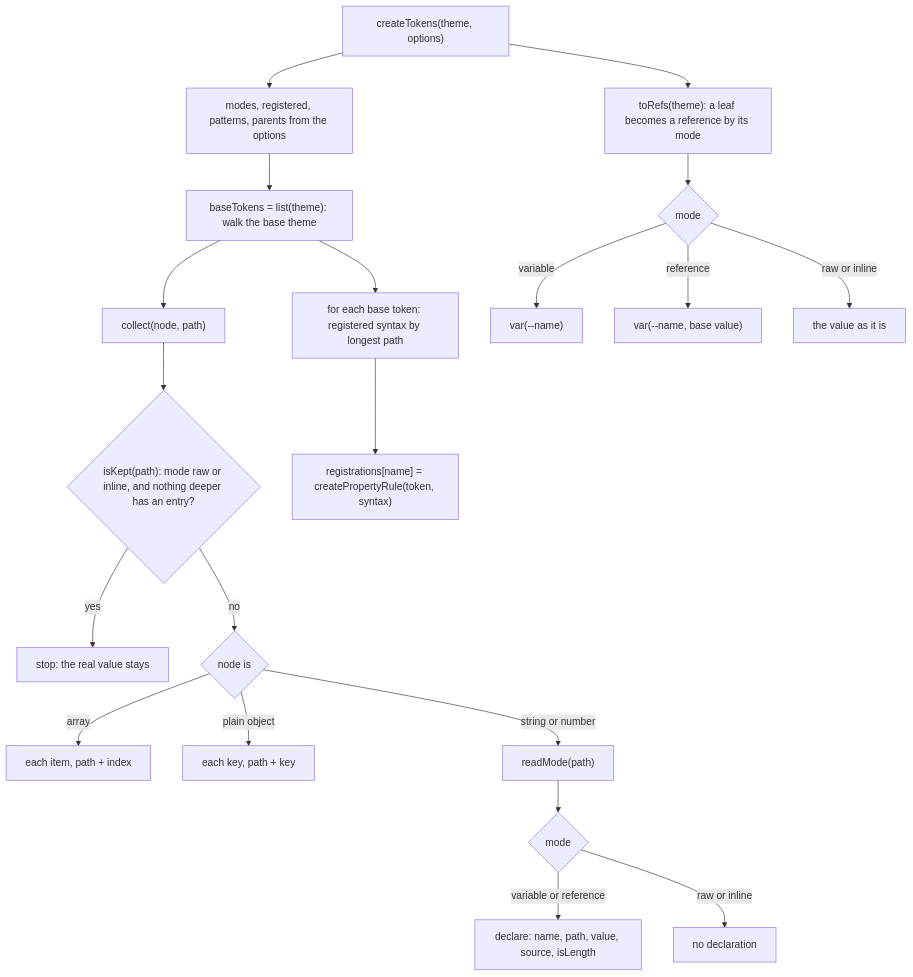
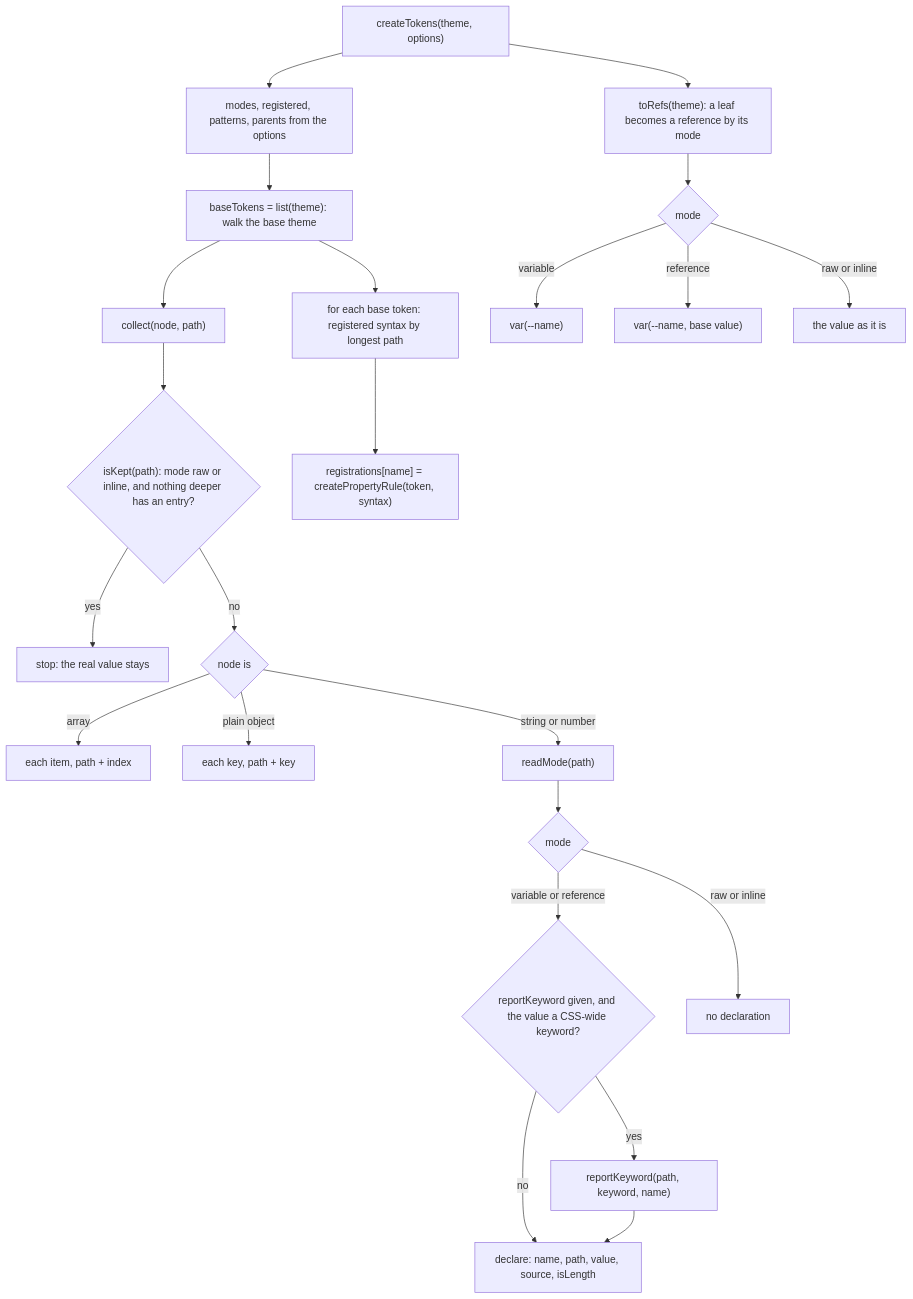
One commit to soroush-tech/umber-style changed the diagram in packages/core/src/tokens.md. Above: the diagram before and after it, drawn with Mermaid. The commit also changed other lines of this file and 124 other files, not shown here.

````diff
--- a/packages/core/src/tokens.md
+++ b/packages/core/src/tokens.md
@@ -22,22 +23,25 @@
 ```mermaid
 flowchart TD
   start["createTokens(theme, options)"] --> prep["modes, registered, patterns, parents from the options"]
   prep --> base["baseTokens = list(theme): walk the base theme"]
   base --> walk["collect(node, path)"]
   walk --> kept{"isKept(path): mode raw or inline, and nothing deeper has an entry?"}
   kept -->|yes| stop["stop: the real value stays"]
   kept -->|no| shape{"node is"}
   shape -->|array| arr["each item, path + index"]
   shape -->|"plain object"| objn["each key, path + key"]
   shape -->|"string or number"| leaf["readMode(path)"]
   leaf --> md{"mode"}
-  md -->|"variable or reference"| decl["declare: name, path, value, source, isLength"]
+  md -->|"variable or reference"| kw{"reportKeyword given, and the value a CSS-wide keyword?"}
+  kw -->|yes| told["reportKeyword(path, keyword, name)"]
+  kw -->|no| decl["declare: name, path, value, source, isLength"]
+  told --> decl
   md -->|"raw or inline"| none["no declaration"]
   base --> reg["for each base token: registered syntax by longest path"]
   reg --> prule["registrations[name] = createPropertyRule(token, syntax)"]
   start --> refs["toRefs(theme): a leaf becomes a reference by its mode"]
   refs --> refmode{"mode"}
   refmode -->|variable| v["var(--name)"]
   refmode -->|reference| r["var(--name, base value)"]
   refmode -->|"raw or inline"| rv["the value as it is"]
 ```
````
